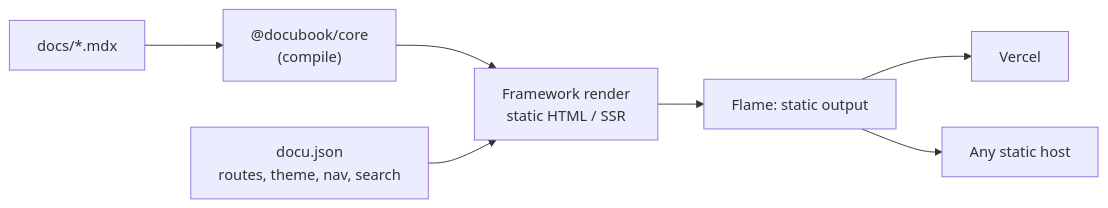
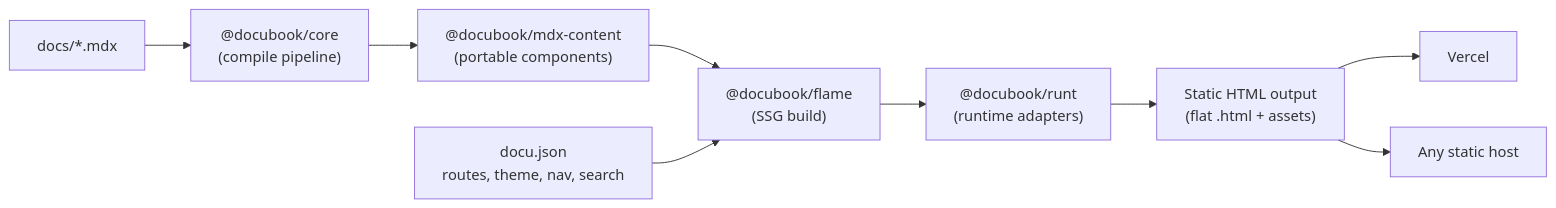
One commit to DocuBook/docubook changed the first of 2 diagrams in ARCHITECTURE.md. Above: the diagram before and after it, drawn with Mermaid. The commit also changed other lines of this file and 1 other file, not shown here.

First line of the commit message:
docs: clarify static HTML output and multi-runtime in README + ARCHITECTURE

````diff
--- a/ARCHITECTURE.md
+++ b/ARCHITECTURE.md
@@ -49,11 +51,13 @@
 ```mermaid
 flowchart LR
-    A["docs/*.mdx"] --> B["@docubook/core<br/>(compile)"]
-    B --> C["Framework render<br/>static HTML / SSR"]
+    A["docs/*.mdx"] --> B["@docubook/core<br/>(compile pipeline)"]
+    B --> C["@docubook/mdx-content<br/>(portable components)"]
+    C --> D["@docubook/flame<br/>(SSG build)"]
 
-    D["docu.json<br/>routes, theme, nav, search"] --> C
+    E["docu.json<br/>routes, theme, nav, search"] --> D
 
-    C --> E["Flame: static output"]
-    E --> F["Vercel"]
-    E --> G["Any static host"]
+    D --> F["@docubook/runt<br/>(runtime adapters)"]
+    F --> G["Static HTML output<br/>(flat .html + assets)"]
+    G --> H["Vercel"]
+    G --> I["Any static host"]
 ```
````
